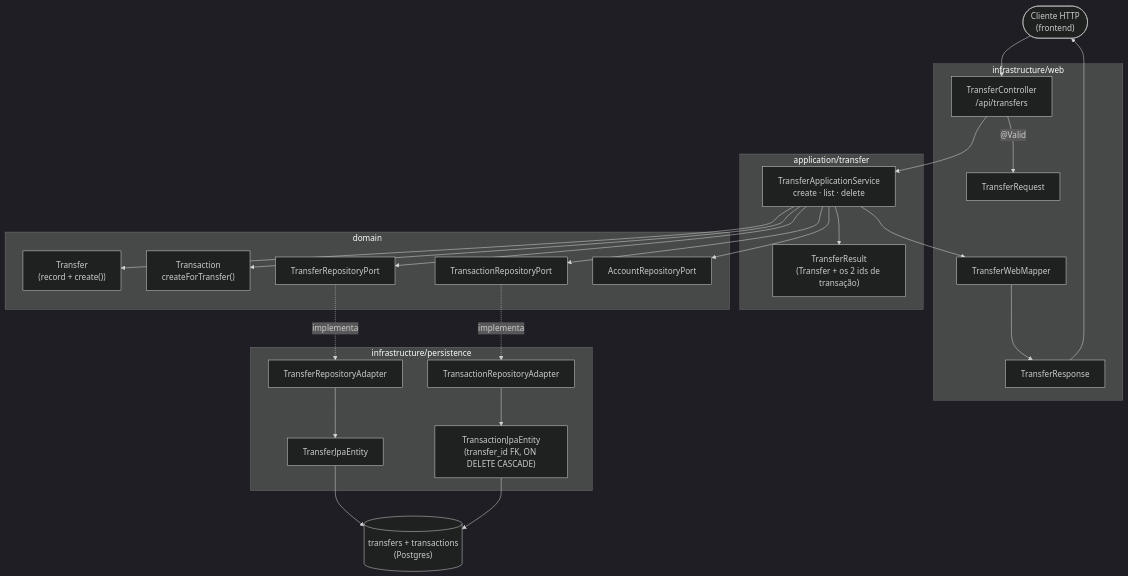
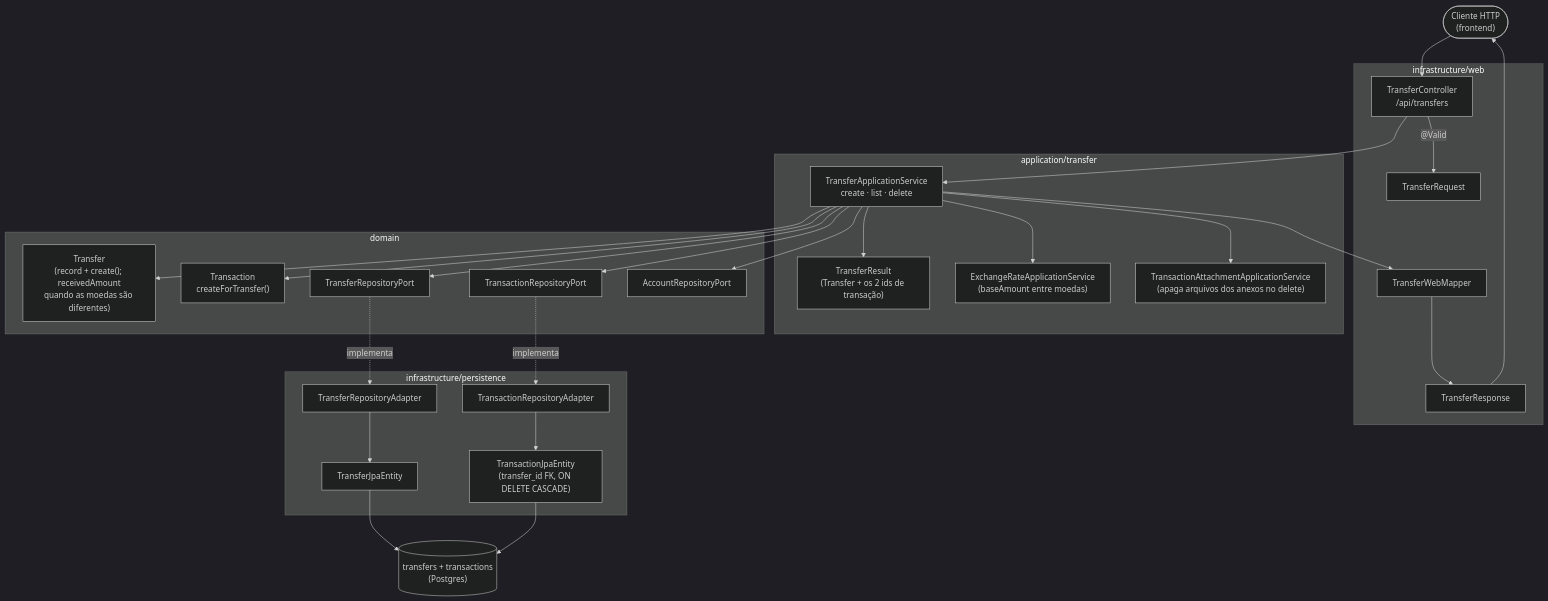
One commit to leozztto/LmfFinPro changed the first of 4 diagrams in docs/tecnica/fluxo-transferencias.md. Above: the diagram before and after it, drawn with Mermaid (dark theme). The commit also changed other lines of this file and 44 other files, not shown here.

````diff
--- a/docs/tecnica/fluxo-transferencias.md
+++ b/docs/tecnica/fluxo-transferencias.md
@@ -24,51 +25,55 @@
 ```mermaid
 flowchart TD
     Client(["Cliente HTTP\n(frontend)"]) --> Controller
 
     subgraph web["infrastructure/web"]
         Controller["TransferController\n/api/transfers"]
         ReqDTO["TransferRequest"]
         RespDTO["TransferResponse"]
         WebMapper["TransferWebMapper"]
     end
 
     subgraph application["application/transfer"]
         Service["TransferApplicationService\ncreate · list · delete"]
         Result["TransferResult\n(Transfer + os 2 ids de transação)"]
+        ExRate["ExchangeRateApplicationService\n(baseAmount entre moedas)"]
+        AttSvc["TransactionAttachmentApplicationService\n(apaga arquivos dos anexos no delete)"]
     end
 
     subgraph domain["domain"]
-        Model["Transfer\n(record + create())"]
+        Model["Transfer\n(record + create(); receivedAmount\nquando as moedas são diferentes)"]
         Tx["Transaction\ncreateForTransfer()"]
         PortT["TransferRepositoryPort"]
         PortTx["TransactionRepositoryPort"]
         PortAcc["AccountRepositoryPort"]
     end
 
     subgraph infra["infrastructure/persistence"]
         AdapterT["TransferRepositoryAdapter"]
         AdapterTx["TransactionRepositoryAdapter"]
         EntityT["TransferJpaEntity"]
         EntityTx["TransactionJpaEntity\n(transfer_id FK, ON DELETE CASCADE)"]
     end
 
     DB[("transfers + transactions\n(Postgres)")]
 
     Controller -- "@Valid" --> ReqDTO
     Controller --> Service
     Service --> Model
     Service --> Tx
     Service --> PortT
     Service --> PortTx
     Service --> PortAcc
+    Service --> ExRate
+    Service --> AttSvc
     Service --> Result
     PortT -.->|implementa| AdapterT
     PortTx -.->|implementa| AdapterTx
     AdapterT --> EntityT
     AdapterTx --> EntityTx
     EntityT --> DB
     EntityTx --> DB
     Service --> WebMapper
     WebMapper --> RespDTO
     RespDTO --> Client
 ```
````
